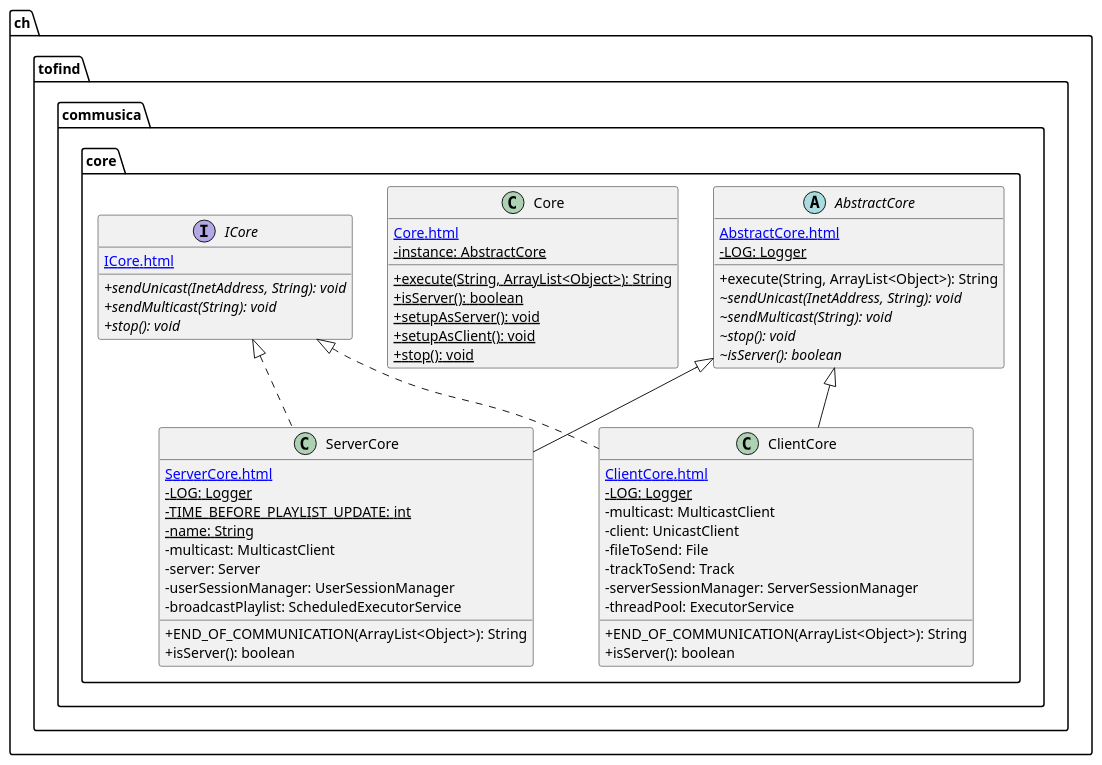
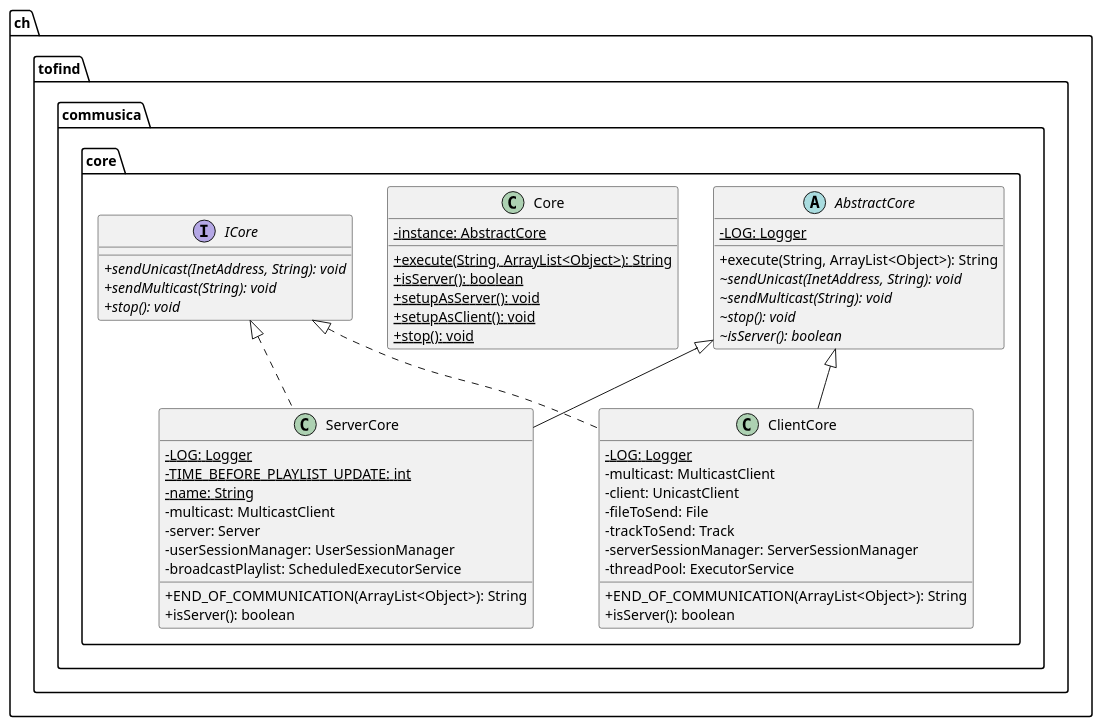
One commit to heig-vd-pro2017/projet changed the diagram in doc/PRO/UML/core.puml. Above: the diagram before and after it, drawn with PlantUML. The commit also changed 8 other files, not shown here.

```diff
--- a/doc/PRO/UML/core.puml
+++ b/doc/PRO/UML/core.puml
@@ -1,70 +1,65 @@
 @startuml
 
     skinparam classAttributeIconSize 0
 
     namespace ch.tofind.commusica.core {
 
         abstract class AbstractCore {
-            [[AbstractCore.html]]
             {static} -LOG: Logger
             +execute(String, ArrayList<Object>): String
             {abstract} ~sendUnicast(InetAddress, String): void
             {abstract} ~sendMulticast(String): void
             {abstract} ~stop(): void
             {abstract} ~isServer(): boolean
         }
 
         class ServerCore {
-            [[ServerCore.html]]
             {static} -LOG: Logger
             {static} -TIME_BEFORE_PLAYLIST_UPDATE: int
             {static} -name: String
             -multicast: MulticastClient
             -server: Server
             -userSessionManager: UserSessionManager
             -broadcastPlaylist: ScheduledExecutorService
             +END_OF_COMMUNICATION(ArrayList<Object>): String
             +isServer(): boolean
         }
 
         class ClientCore {
-            [[ClientCore.html]]
             {static} -LOG: Logger
             -multicast: MulticastClient
             -client: UnicastClient
             -fileToSend: File
             -trackToSend: Track
             -serverSessionManager: ServerSessionManager
             -threadPool: ExecutorService
             +END_OF_COMMUNICATION(ArrayList<Object>): String
             +isServer(): boolean
         }
 
         class Core {
-            [[Core.html]]
             {static} -instance: AbstractCore
             {static} +execute(String, ArrayList<Object>): String
             {static} +isServer(): boolean
             {static} +setupAsServer(): void
             {static} +setupAsClient(): void
             {static} +stop(): void
         }
 
         interface ICore {
-            [[ICore.html]]
             {abstract} +sendUnicast(InetAddress, String): void
             {abstract} +sendMulticast(String): void
             {abstract} +stop(): void
         }
 
         AbstractCore <|-- ServerCore
 
         ICore <|.. ServerCore
 
         AbstractCore <|-- ClientCore
 
         ICore <|.. ClientCore
 
     }
 
 @enduml
```
